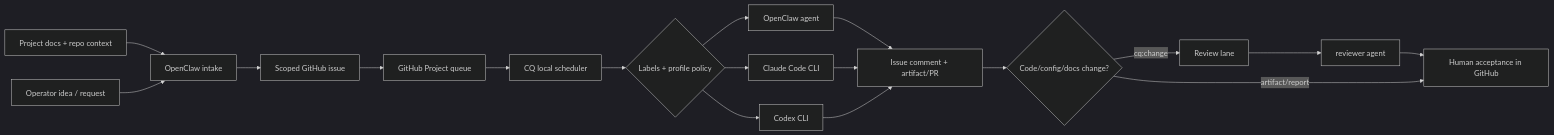
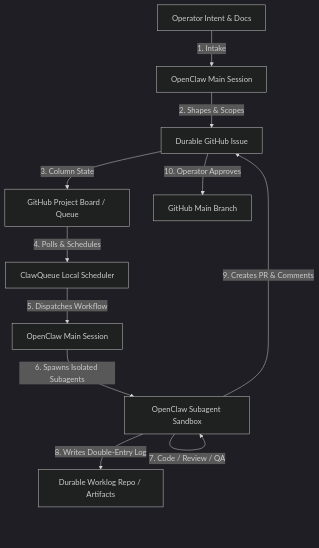
The diagram in README.md (ClawQueue/ClawQueue), drawn with Mermaid (dark theme) before and after one commit. The commit also changed other lines of this file, not shown here.

Commit message:
docs: update positioning to emphasize OpenClaw subagents execution engine

````diff
--- a/README.md
+++ b/README.md
@@ -81,20 +81,13 @@
 ```mermaid
-flowchart LR
-    A[Project docs + repo context] --> B[OpenClaw intake]
-    C[Operator idea / request] --> B
-    B --> D[Scoped GitHub issue]
-    D --> E[GitHub Project queue]
-    E --> F[CQ local scheduler]
-    F --> G{Labels + profile policy}
-    G --> H[OpenClaw agent]
-    G --> I[Claude Code CLI]
-    G --> J[Codex CLI]
-    H --> K[Issue comment + artifact/PR]
-    I --> K
-    J --> K
-    K --> L{Code/config/docs change?}
-    L -->|cq:change| M[Review lane]
-    M --> N[reviewer agent]
-    N --> O[Human acceptance in GitHub]
-    L -->|artifact/report| O
+flowchart TD
+    A[Operator Intent & Docs] -->|1. Intake| B[OpenClaw Main Session]
+    B -->|2. Shapes & Scopes| C[Durable GitHub Issue]
+    C -->|3. Column State| D[GitHub Project Board / Queue]
+    D -->|4. Polls & Schedules| E[ClawQueue Local Scheduler]
+    E -->|5. Dispatches Workflow| F[OpenClaw Main Session]
+    F -->|6. Spawns Isolated Subagents| G[OpenClaw Subagent Sandbox]
+    G -->|7. Code / Review / QA| G
+    G -->|8. Writes Double-Entry Log| H[Durable Worklog Repo / Artifacts]
+    G -->|9. Creates PR & Comments| C
+    C -->|10. Operator Approves| I[GitHub Main Branch]
 ```
````
